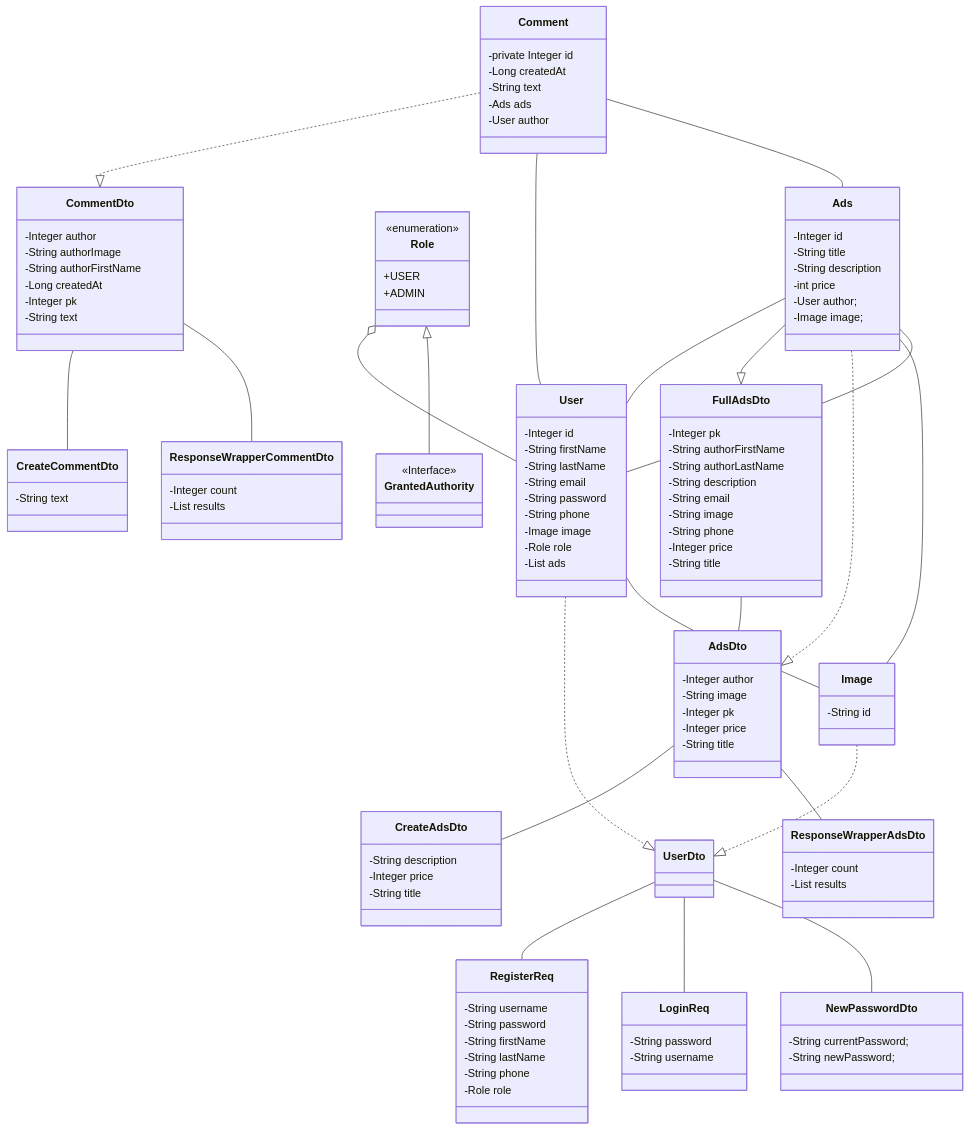
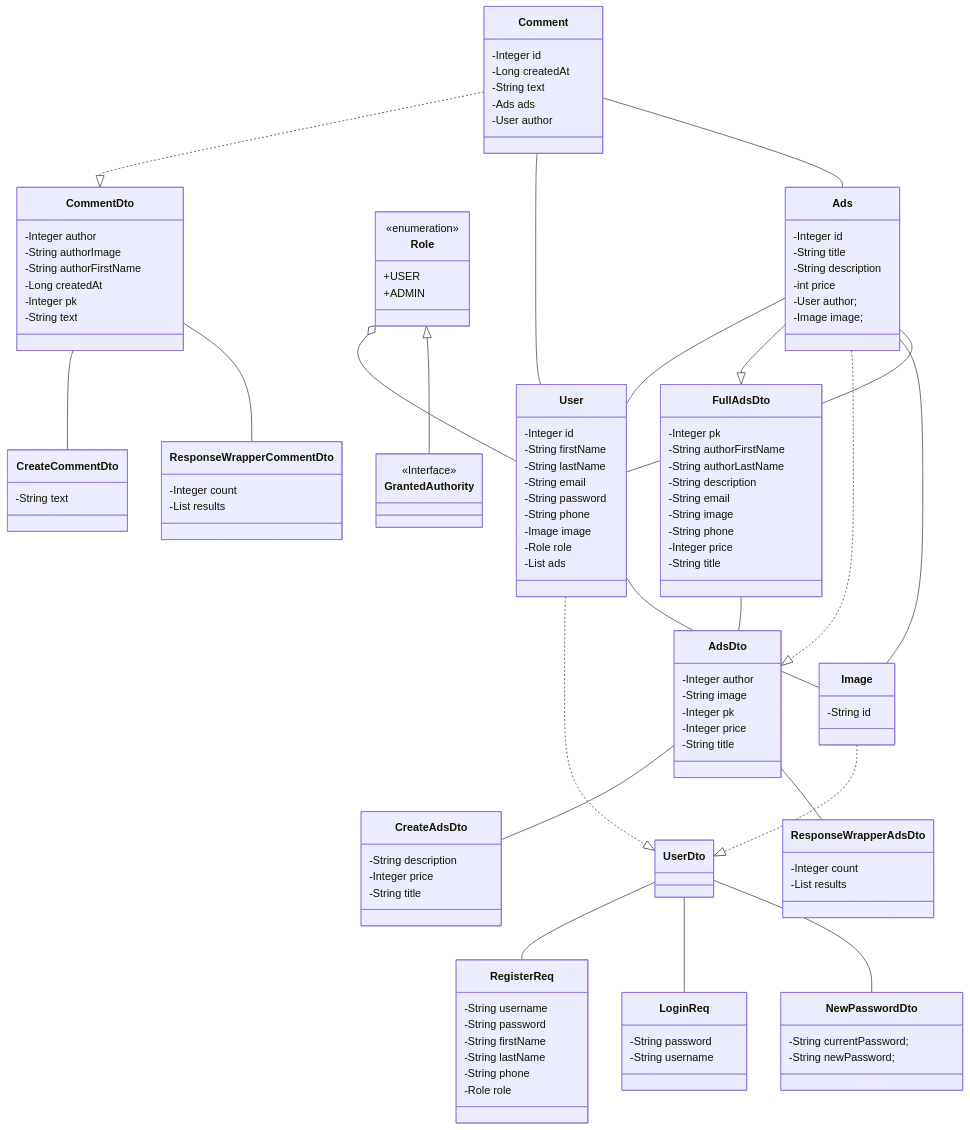
Before and after one commit to MexxMo/Ebito: the diagram in README.md, drawn with Mermaid.

Commit message:
Поправил опечатку в mermaid

````diff
--- a/README.md
+++ b/README.md
@@ -117,7 +117,7 @@
     }
 
     class Comment {
-        -private Integer id
+        -Integer id
         -Long createdAt
         -String text
         -Ads ads
@@ -219,33 +219,33 @@
         -List<CommentDto> results
     }
 
-Role <|-- GrantedAuthority
-    
-Ads -- User
-Ads -- Image
+    Role <|-- GrantedAuthority
 
-Comment -- Ads
-Comment -- User
+    Ads -- User
+    Ads -- Image
 
-User -- Image
-User -- Ads
-Role o-- User
+    Comment -- Ads
+    Comment -- User
 
-Ads ..|> AdsDto
-Ads --|> FullAdsDto
-Comment ..|> CommentDto
-User ..|> UserDto
-Image ..|> UserDto
-  
-AdsDto -- ResponseWrapperAdsDto
-CommentDto -- ResponseWrapperCommentDto
+    User -- Image
+    User -- Ads
+    Role o-- User
 
-AdsDto -- CreateAdsDto
-FullAdsDto -- AdsDto
-CommentDto -- CreateCommentDto
+    Ads ..|> AdsDto
+    Ads --|> FullAdsDto
+    Comment ..|> CommentDto
+    User ..|> UserDto
+    Image ..|> UserDto
 
-UserDto -- NewPasswordDto
-UserDto -- LoginReq
-UserDto -- RegisterReq
+    AdsDto -- ResponseWrapperAdsDto
+    CommentDto -- ResponseWrapperCommentDto
+
+    AdsDto -- CreateAdsDto
+    FullAdsDto -- AdsDto
+    CommentDto -- CreateCommentDto
+
+    UserDto -- NewPasswordDto
+    UserDto -- LoginReq
+    UserDto -- RegisterReq
 
 ```
````
